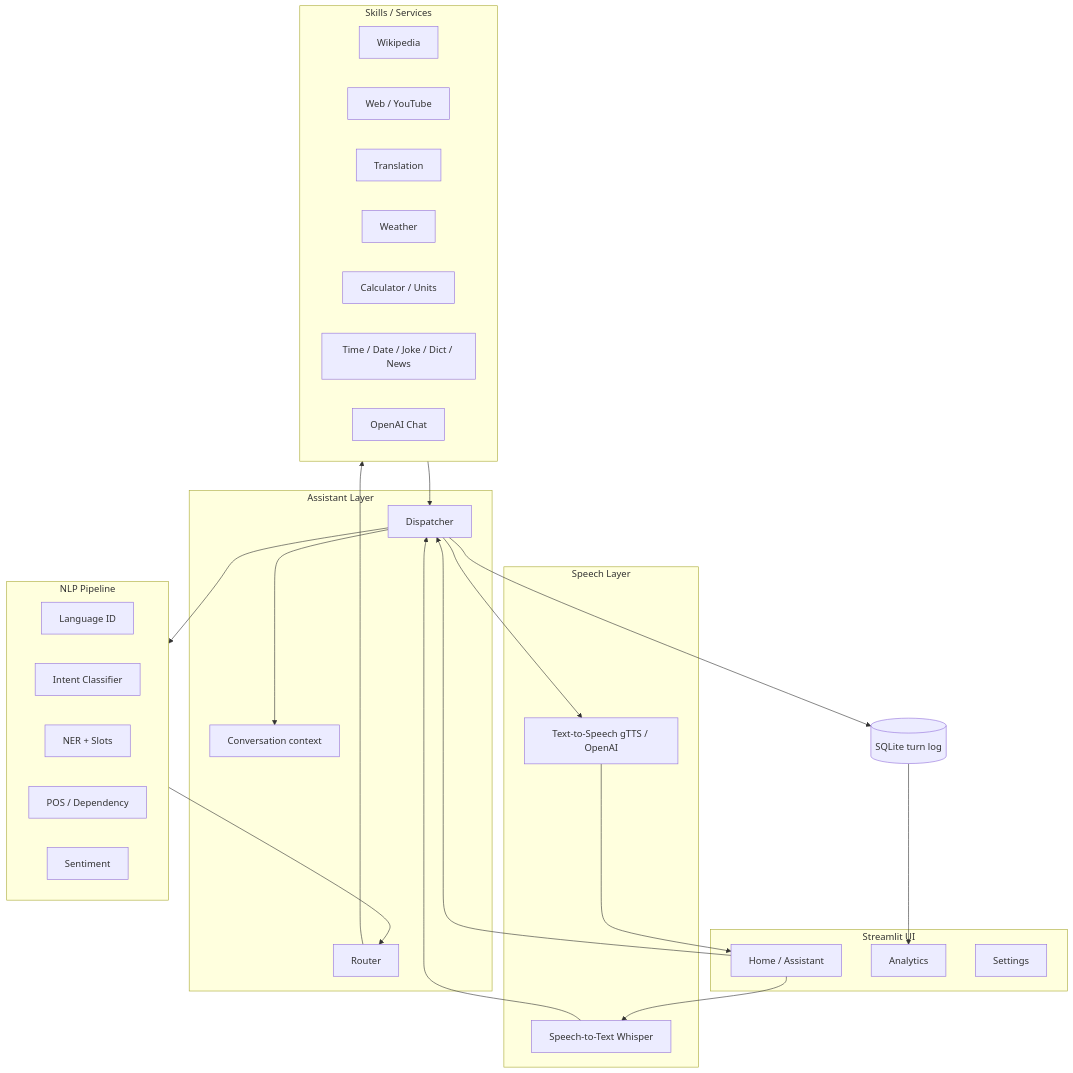
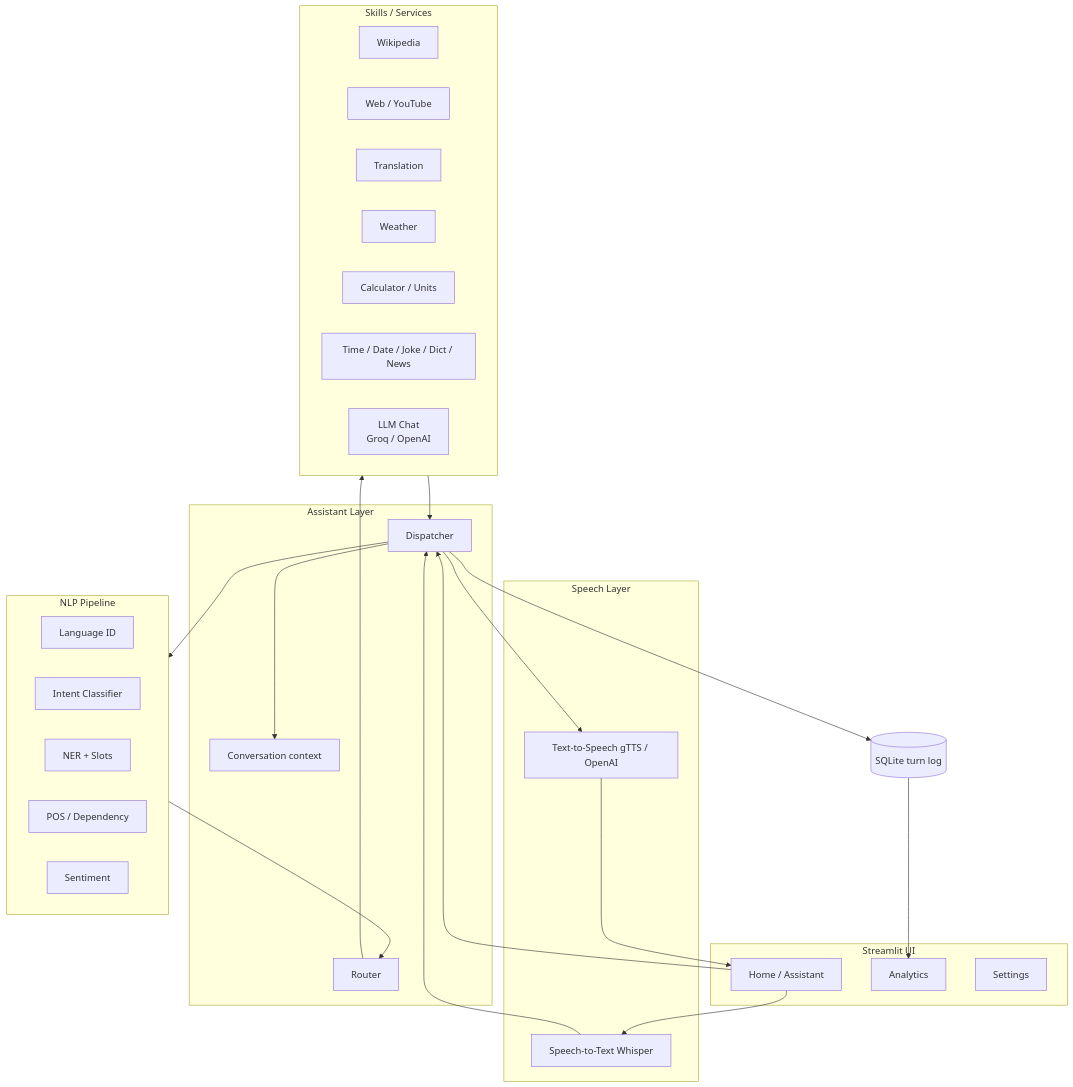
Before and after one commit to vinith-bonila/vini-ai: the first of 2 diagrams in README.md, drawn with Mermaid. The commit also changed other lines of this file and 27 other files, not shown here.

````diff
--- a/README.md
+++ b/README.md
@@ -45,44 +45,44 @@
 ```mermaid
 flowchart TB
     subgraph UI["Streamlit UI"]
         HOME[Home / Assistant]
         ANALYTICS[Analytics]
         SETTINGS[Settings]
     end
     subgraph SPEECH["Speech Layer"]
         STT[Speech-to-Text Whisper]
         TTS[Text-to-Speech gTTS / OpenAI]
     end
     subgraph ASSIST["Assistant Layer"]
         DISP[Dispatcher]
         CONV[Conversation context]
         ROUTE[Router]
     end
     subgraph NLP["NLP Pipeline"]
         LANG[Language ID]
         INTENT[Intent Classifier]
         NER[NER + Slots]
         PARSE[POS / Dependency]
         SENT[Sentiment]
     end
     subgraph SVC["Skills / Services"]
         WIKI[Wikipedia]
         WEB[Web / YouTube]
         TRANS[Translation]
         WX[Weather]
         CALC[Calculator / Units]
         UTIL[Time / Date / Joke / Dict / News]
-        LLM[OpenAI Chat]
+        LLM[LLM Chat<br/>Groq / OpenAI]
     end
     DB[(SQLite turn log)]
     HOME --> STT --> DISP
     HOME --> DISP
     DISP --> NLP
     DISP --> CONV
     NLP --> ROUTE
     ROUTE --> SVC
     SVC --> DISP
     DISP --> DB
     DISP --> TTS --> HOME
     DB --> ANALYTICS
 ```
````
